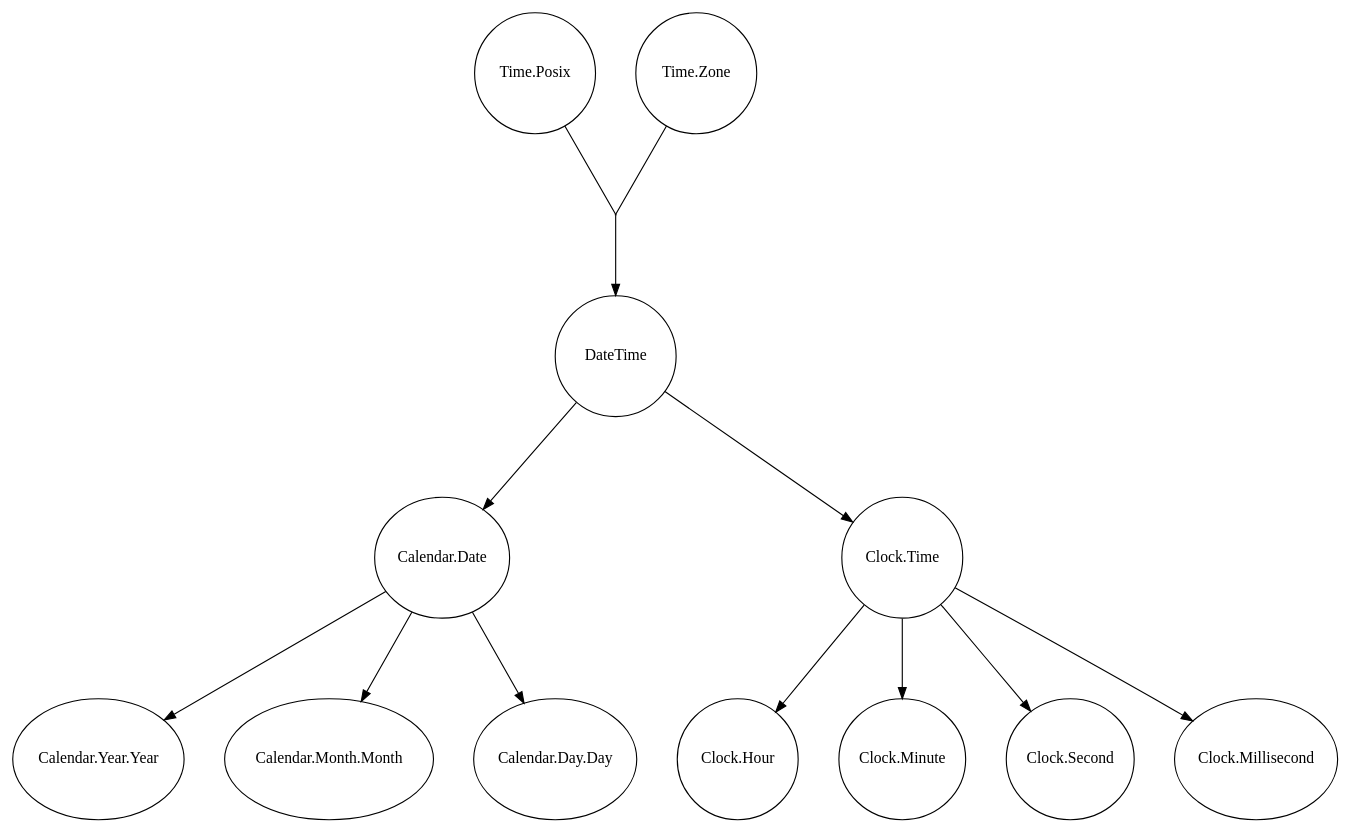
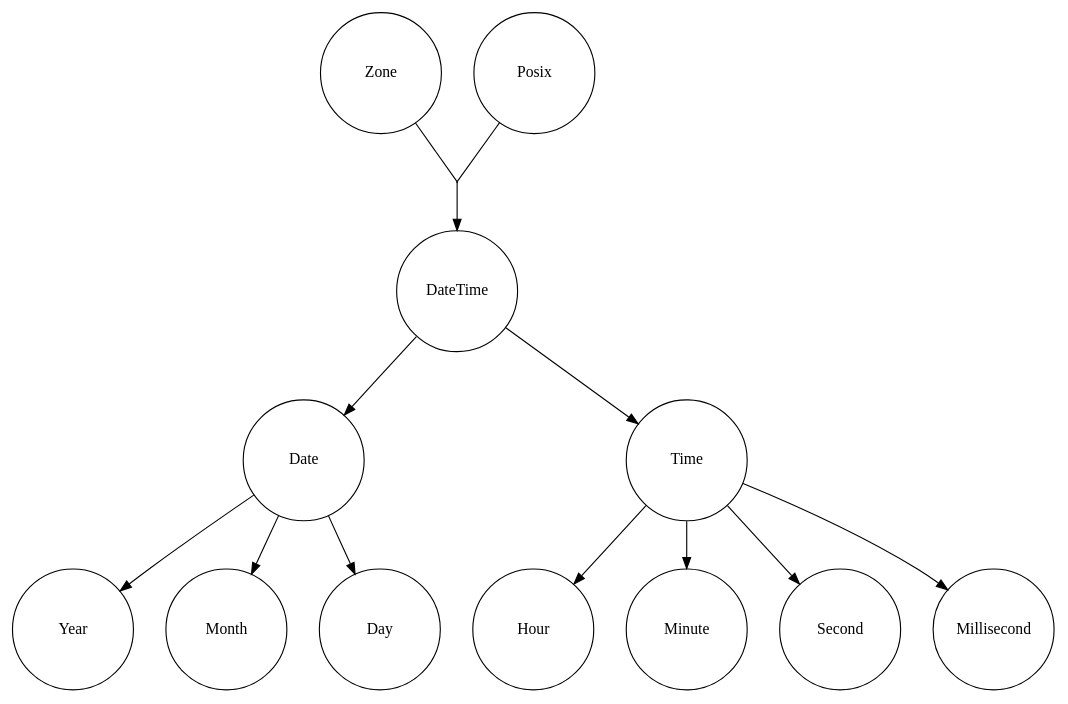
Before and after one commit to jmackie/elm-datetime: the diagram in diagram.gv, drawn with Graphviz. The commit also changed 1 other file, not shown here.

Commit message:
Tweak diagram

```diff
--- a/diagram.gv
+++ b/diagram.gv
@@ -1,18 +1,18 @@
 digraph G {
     node [shape=oval, width=1.5, height=1.5];
-    ranksep=1;
-    nodesep=0.5;
+    ranksep=0.6;
+    nodesep=0.4;
 
     m1 [shape=point,width=0.01,height=0.01];
-    {"Time.Posix", "Time.Zone"} -> m1 [dir=none];
+    {Zone,Posix} -> m1 [dir=none];
     m1 -> DateTime;
-    DateTime -> "Calendar.Date";
-    DateTime -> "Clock.Time";
-    "Calendar.Date" -> "Calendar.Year.Year";
-    "Calendar.Date" -> "Calendar.Month.Month";
-    "Calendar.Date" -> "Calendar.Day.Day";
-    "Clock.Time" -> "Clock.Hour";
-    "Clock.Time" -> "Clock.Minute";
-    "Clock.Time" -> "Clock.Second";
-    "Clock.Time" -> "Clock.Millisecond";
+    DateTime -> Date;
+    DateTime -> Time;
+    Date -> Year;
+    Date -> Month;
+    Date -> Day;
+    Time -> Hour;
+    Time -> Minute;
+    Time -> Second;
+    Time -> Millisecond;
 }
```
